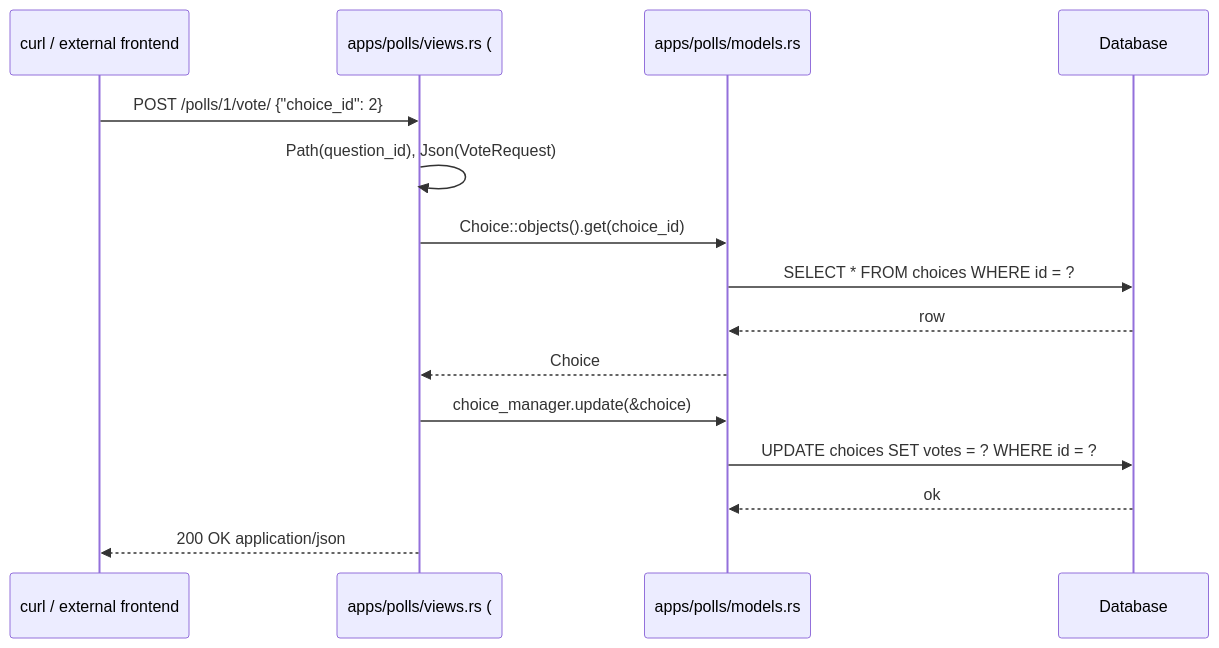
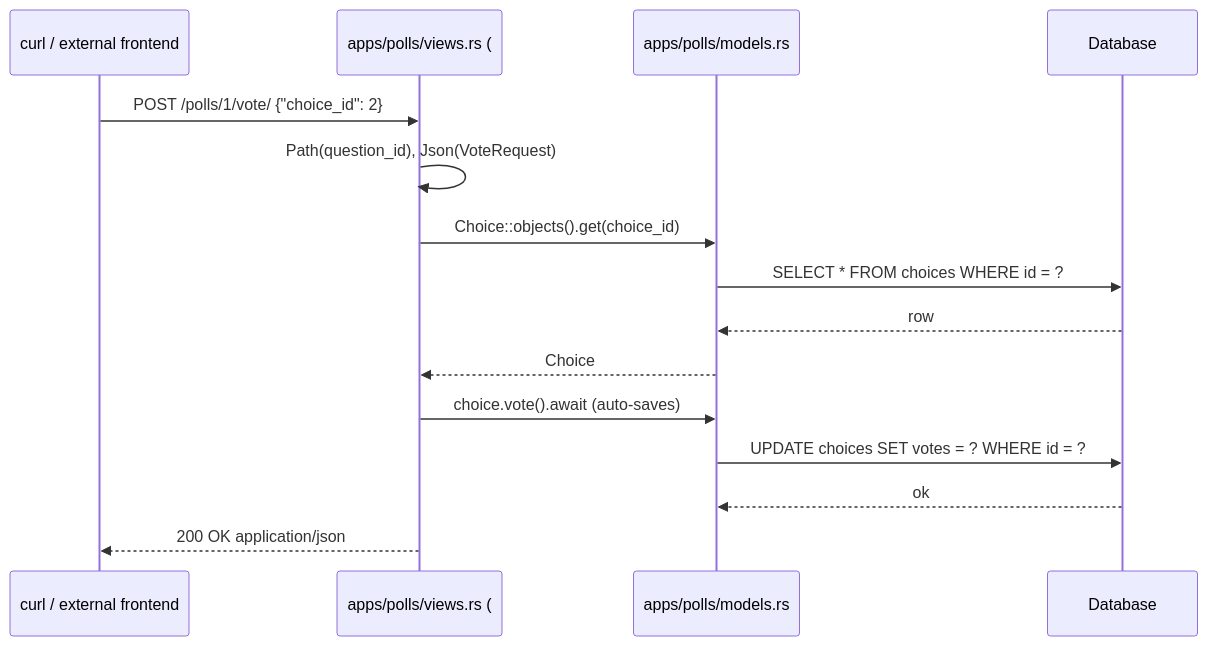
One commit to kent8192/reinhardt-web changed the second of 2 diagrams in website/content/quickstart/tutorials/basis/3-views-and-urls.md. Above: the diagram before and after it, drawn with Mermaid. The commit also changed other lines of this file and 4 other files, not shown here.

````diff
--- a/website/content/quickstart/tutorials/basis/3-views-and-urls.md
+++ b/website/content/quickstart/tutorials/basis/3-views-and-urls.md
@@ -176,18 +175,18 @@
 ```mermaid
 sequenceDiagram
     participant U as curl / external frontend
     participant V as apps/polls/views.rs (#[post])
     participant M as apps/polls/models.rs
     participant DB as Database
 
     U->>V: POST /polls/1/vote/ {"choice_id": 2}
     V->>V: Path(question_id), Json(VoteRequest)
     V->>M: Choice::objects().get(choice_id)
     M->>DB: SELECT * FROM choices WHERE id = ?
     DB-->>M: row
     M-->>V: Choice
-    V->>M: choice_manager.update(&choice)
+    V->>M: choice.vote().await (auto-saves)
     M->>DB: UPDATE choices SET votes = ? WHERE id = ?
     DB-->>M: ok
     V-->>U: 200 OK application/json
 ```
````
